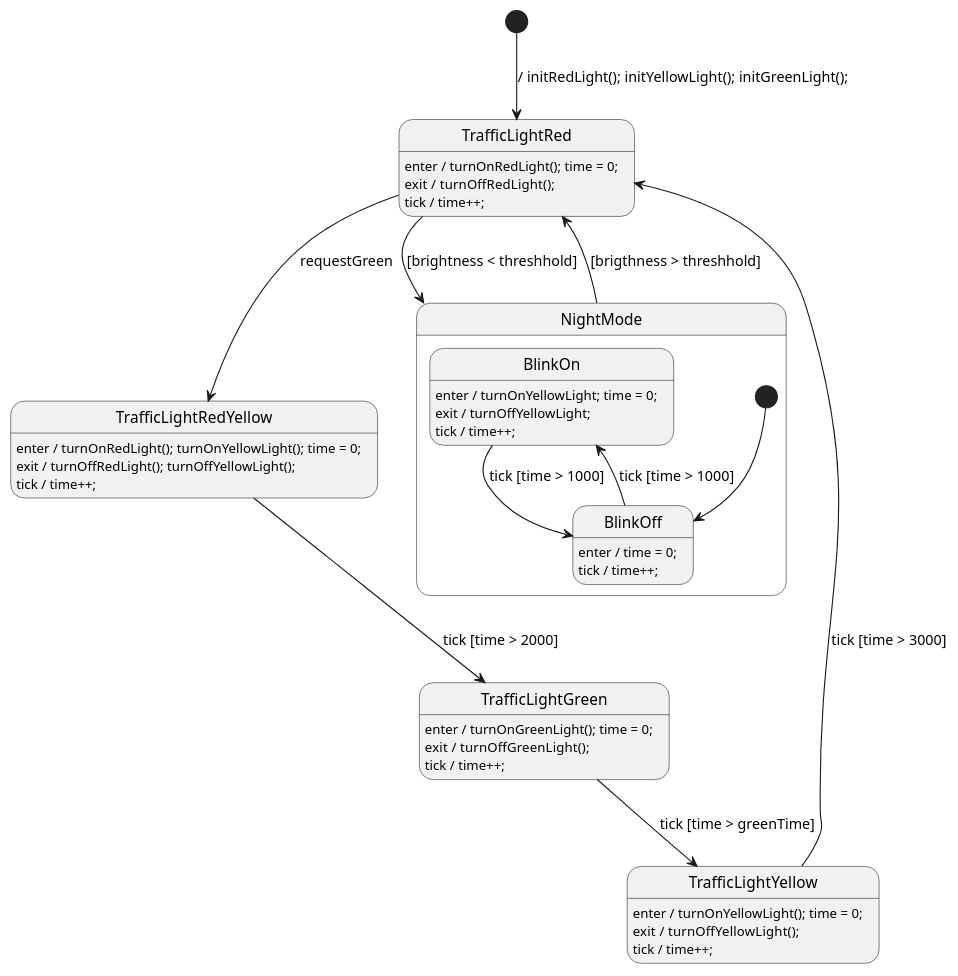
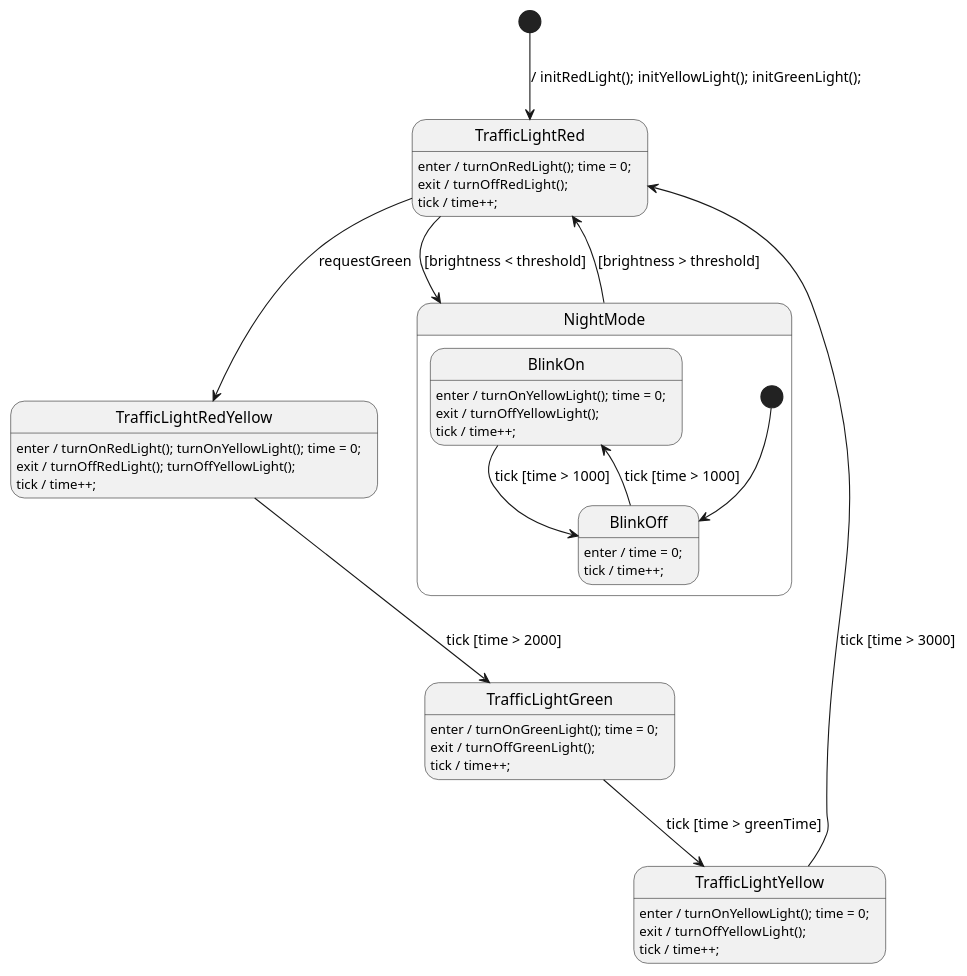
The diagram in State_machine/TrafficLight.plantuml (valentin-haub/esp32-traffic-light-management-system), drawn with PlantUML before and after one commit.

Commit message:
Typos korrigiert

```diff
--- a/State_machine/TrafficLight.plantuml
+++ b/State_machine/TrafficLight.plantuml
@@ -1,94 +1,94 @@
 @startuml TrafficLight
 
 ' //////////////////////// STATE ORGANIZATION ///////////////////////
 ' Note: StateSmith treats state names and events as case insensitive.
 ' More info: https://github.com/StateSmith/StateSmith/wiki/PlantUML
 
 state TrafficLightRed
 state TrafficLightRedYellow
 state TrafficLightGreen
 state TrafficLightYellow
 
 state NightMode {
     state BlinkOn
     state BlinkOff
 
     [*] --> BlinkOff
 
     ' BlinkOff
     BlinkOff: enter / time = 0;
     BlinkOff: tick / time++;
     BlinkOff --> BlinkOn : tick [time > 1000]
 
     ' BlinkOn
-    BlinkOn: enter / turnOnYellowLight; time = 0;
-    BlinkOn: exit / turnOffYellowLight;
+    BlinkOn: enter / turnOnYellowLight(); time = 0;
+    BlinkOn: exit / turnOffYellowLight();
     BlinkOn: tick / time++;
     BlinkOn --> BlinkOff : tick [time > 1000]
 }
 
 
 ' ///////////////////////// STATE HANDLERS /////////////////////////
 ' Syntax: https://github.com/StateSmith/StateSmith/wiki/Behaviors
 
 [*] --> TrafficLightRed : / initRedLight(); initYellowLight(); initGreenLight();
 
 ' TrafficLightRed
 TrafficLightRed: enter / turnOnRedLight(); time = 0;
 TrafficLightRed: exit  / turnOffRedLight();
 TrafficLightRed: tick / time++;
 TrafficLightRed --> TrafficLightRedYellow : requestGreen
-TrafficLightRed --> NightMode : [brightness < threshhold]
+TrafficLightRed --> NightMode : [brightness < threshold]
 
 ' TrafficLightRedYellow
 TrafficLightRedYellow: enter / turnOnRedLight(); turnOnYellowLight(); time = 0;
 TrafficLightRedYellow: exit / turnOffRedLight(); turnOffYellowLight();
 TrafficLightRedYellow: tick / time++;
 TrafficLightRedYellow --> TrafficLightGreen : tick [time > 2000]
 
 ' TrafficLightGreen
 TrafficLightGreen: enter / turnOnGreenLight(); time = 0;
 TrafficLightGreen: exit  / turnOffGreenLight();
 TrafficLightGreen: tick / time++;
 TrafficLightGreen --> TrafficLightYellow : tick [time > greenTime]
 
 ' TrafficLightYellow
 TrafficLightYellow: enter / turnOnYellowLight(); time = 0;
 TrafficLightYellow: exit  / turnOffYellowLight();
 TrafficLightYellow: tick / time++;
 TrafficLightYellow --> TrafficLightRed : tick [time > 3000]
 
 ' NightMode
-NightMode --> TrafficLightRed : [brigthness > threshhold]
+NightMode --> TrafficLightRed : [brightness > threshold]
 
 
 ' //////////////////////// StateSmith config ////////////////////////
 ' The below special comment block sets the StateSmith configuration.
 ' More info: https://github.com/StateSmith/StateSmith/issues/335
 
 /'! $CONFIG : toml
 
 [RenderConfig]
 FileTop = """
     """
 AutoExpandedVars = """
     uint16_t time;
     uint16_t greenTime;
     uint16_t brightness;
     uint16_t threshold;
     """
 
 [RenderConfig.C]
 CFileExtension = ".cpp"
 HFileExtension = ".hpp"
 HFileIncludes = """
     #include <stdint.h> // for time var
     """
 CFileIncludes = """
     #include "driver.hpp"
     """
 
 [SmRunnerSettings]
 transpilerId = "C99"
 '/
 @enduml
```
